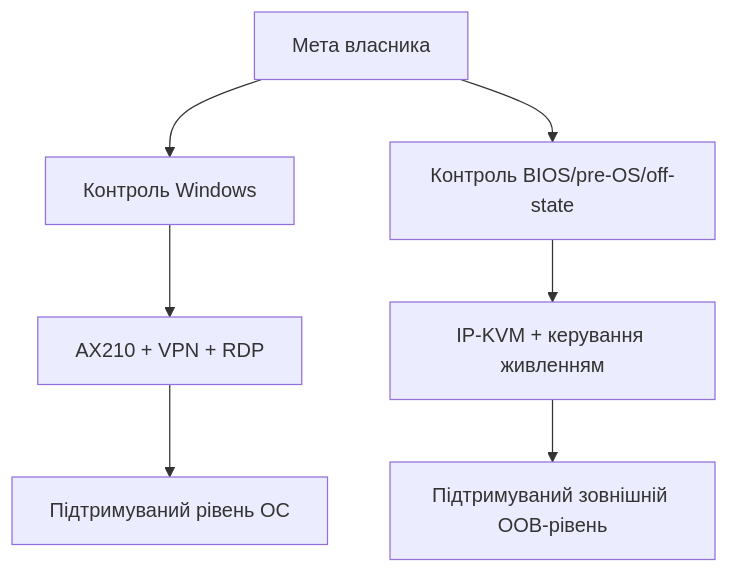
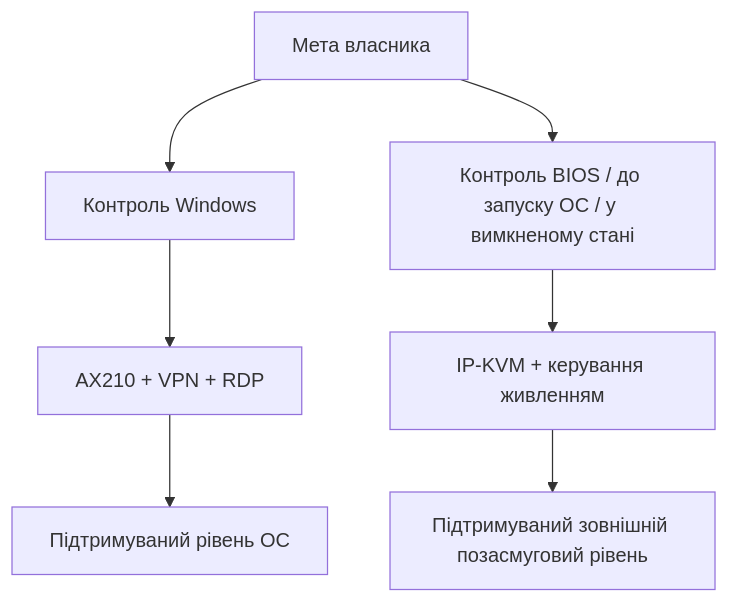
One commit to Tarasevych/hp-elitebook-840-g5-ax210-amt-wifi-compatibility-Ukrainian changed the diagram in docs/підтримувана-рамка-дослідження.md. Above: the diagram before and after it, drawn with Mermaid. The commit also changed other lines of this file and 22 other files, not shown here.

````diff
--- a/docs/підтримувана-рамка-дослідження.md
+++ b/docs/підтримувана-рамка-дослідження.md
@@ -15,11 +15,11 @@
 ```mermaid
 flowchart TB
     A["Мета власника"] --> B["Контроль Windows"]
-    A --> C["Контроль BIOS/pre-OS/off-state"]
+    A --> C["Контроль BIOS / до запуску ОС / у вимкненому стані"]
 
     B --> D["AX210 + VPN + RDP"]
     C --> E["IP-KVM + керування живленням"]
 
     D --> F["Підтримуваний рівень ОС"]
-    E --> G["Підтримуваний зовнішній OOB-рівень"]
+    E --> G["Підтримуваний зовнішній позасмуговий рівень"]
 ```
````
